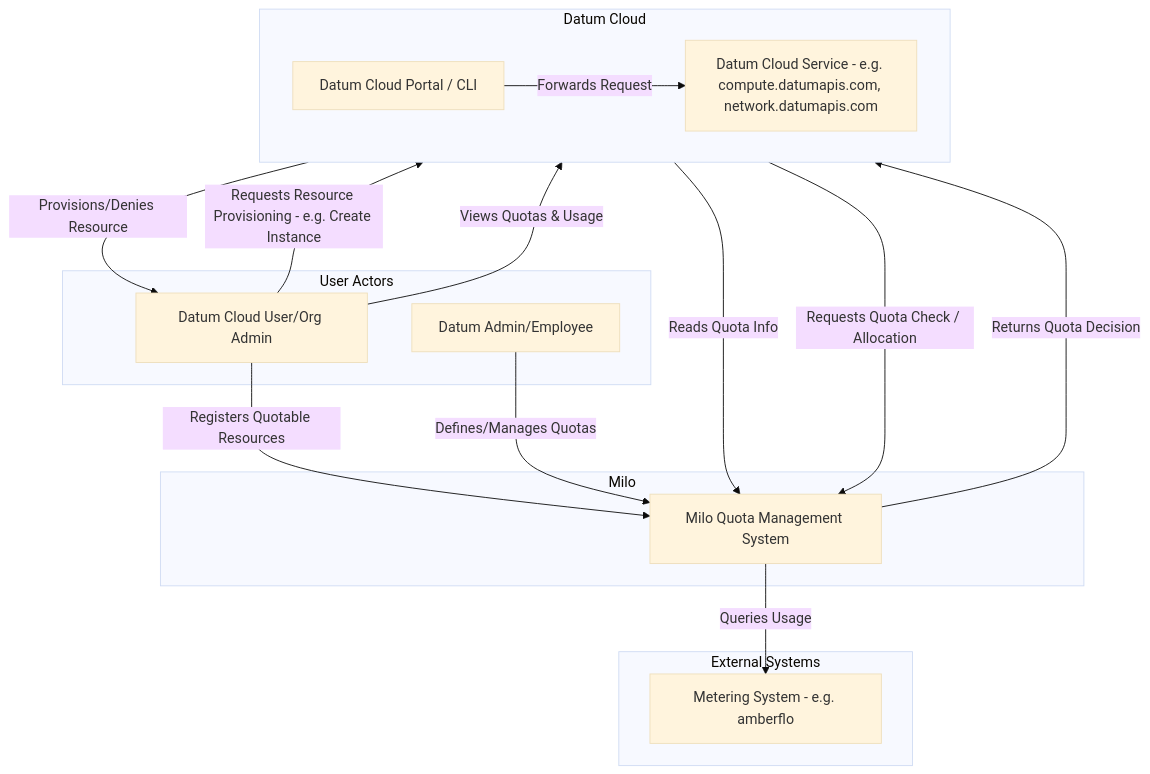
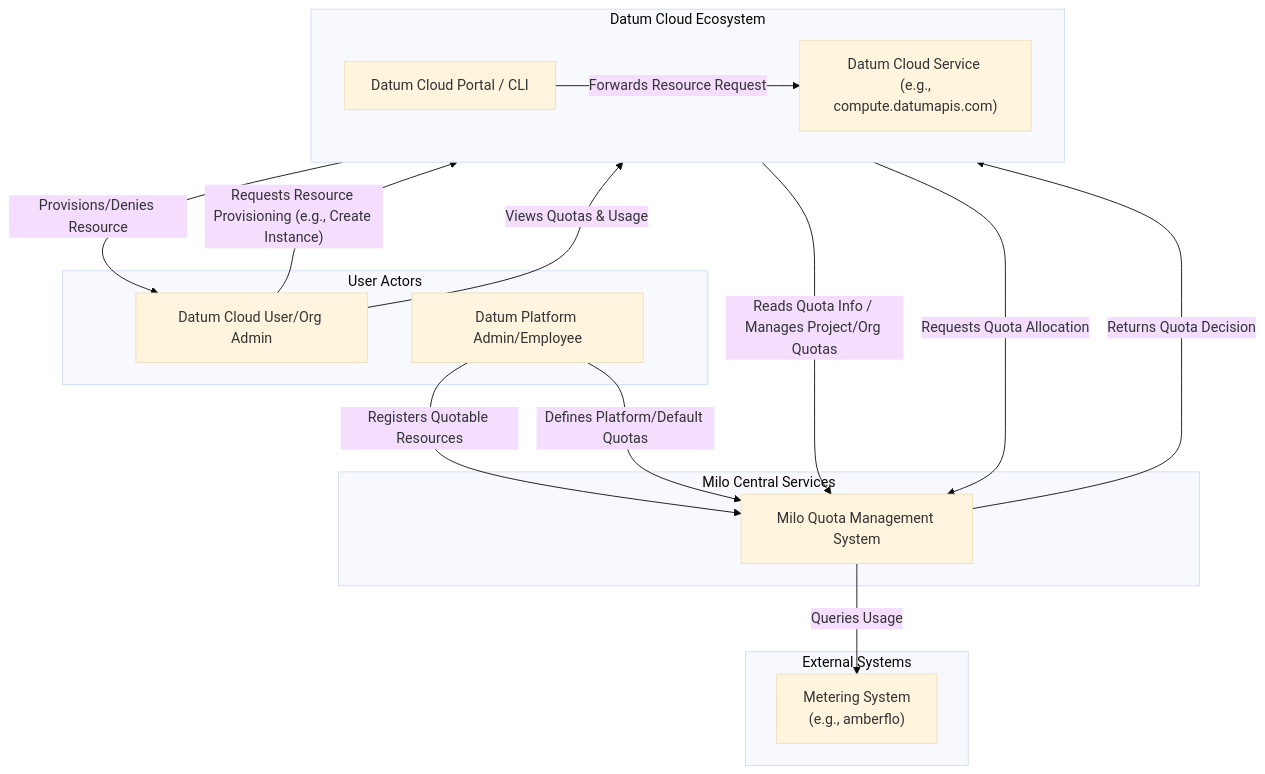
The first of 9 diagrams in enhancements/platform/quota-management/README.md (datum-cloud/enhancements), drawn with Mermaid (base theme) before and after one commit. The commit also changed other lines of this file, not shown here.

Commit message:
enh(quota): removes MCP and PCP references

````diff
--- a/enhancements/platform/quota-management/README.md
+++ b/enhancements/platform/quota-management/README.md
@@ -1224,36 +1224,39 @@
 ```mermaid
 %% C1 - System Context Diagram: Milo Quota Management System
 graph TD
     subgraph User Actors
-        Tenant[Datum Cloud User/Org Admin]
-        PlatAdmin[Datum Admin/Employee]
+        DatumCloudUserOrgAdmin["Datum Cloud User/Org Admin"]
+        DatumPlatformAdminEmployee["Datum Platform Admin/Employee"]
     end
 
-    subgraph Datum Cloud
+    subgraph DatumCloudEcosystem["Datum Cloud Ecosystem"]
         direction LR
-        CloudPortal[Datum Cloud Portal / CLI]
-        CloudService[Datum Cloud Service - e.g. compute.datumapis.com, network.datumapis.com]
+        CloudPortalCLI["Datum Cloud Portal / CLI"]
+        PCPService["Datum Cloud Service <br> (e.g., compute.datumapis.com)"]
     end
 
-    subgraph Milo
-        QuotaSystem[Milo Quota Management System]
+    subgraph MiloCentralServices ["Milo Central Services"]
+        QuotaSystem["Milo Quota Management System"]
     end
 
-    subgraph External Systems
-        MeteringSystem[Metering System - e.g. amberflo]
+    subgraph ExternalSystems["External Systems"]
+        MeteringSystem["Metering System <br> (e.g., amberflo)"]
     end
 
-    Tenant -- "Requests Resource Provisioning - e.g. Create Instance" --> CloudPortal
-    CloudPortal -- "Forwards Request" --> CloudService
-    Tenant -- "Views Quotas & Usage" --> CloudPortal
-    CloudPortal -- "Reads Quota Info" --> QuotaSystem
+    %% User/Admin interactions for resource provisioning and quota viewing
+    DatumCloudUserOrgAdmin -- "Requests Resource Provisioning (e.g., Create Instance)" --> CloudPortalCLI
+    DatumCloudUserOrgAdmin -- "Views Quotas & Usage" --> CloudPortalCLI
+    CloudPortalCLI -- "Forwards Resource Request" --> PCPService
+    CloudPortalCLI -- "Reads Quota Info / Manages Project/Org Quotas" --> QuotaSystem
 
-    CloudService -- "Requests Quota Check / Allocation" --> QuotaSystem
+    %% Platform Admin interactions for quota setup
+    DatumPlatformAdminEmployee -- "Registers Quotable Resources" --> QuotaSystem
+    DatumPlatformAdminEmployee -- "Defines Platform/Default Quotas" --> QuotaSystem
+
+    %% Quota System internal and external interactions
+    PCPService -- "Requests Quota Allocation" --> QuotaSystem
     QuotaSystem -- "Queries Usage" --> MeteringSystem
-    QuotaSystem -- "Returns Quota Decision" --> CloudService
-    CloudService -- "Provisions/Denies Resource" --> Tenant
-
-    Tenant -- "Registers Quotable Resources" --> QuotaSystem
-    PlatAdmin -- "Defines/Manages Quotas" --> QuotaSystem
+    QuotaSystem -- "Returns Quota Decision" --> PCPService
+    PCPService -- "Provisions/Denies Resource" --> DatumCloudUserOrgAdmin
 
 ```
````
